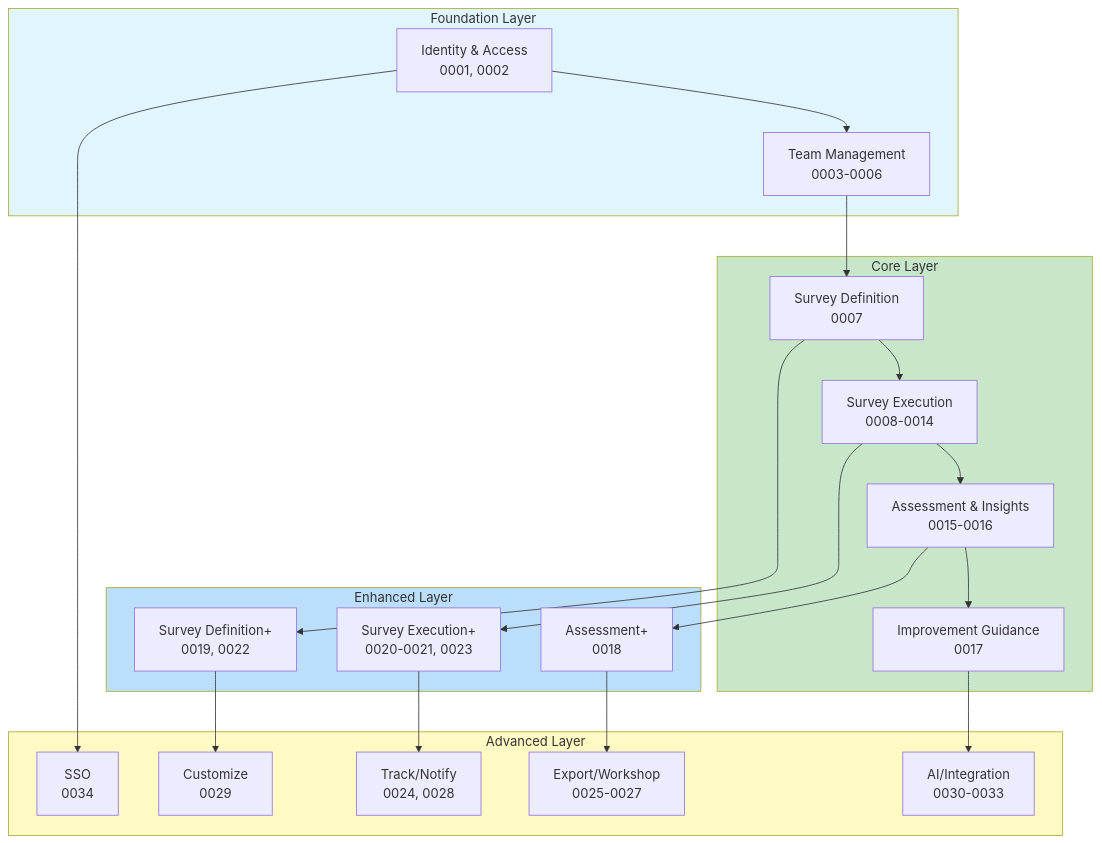
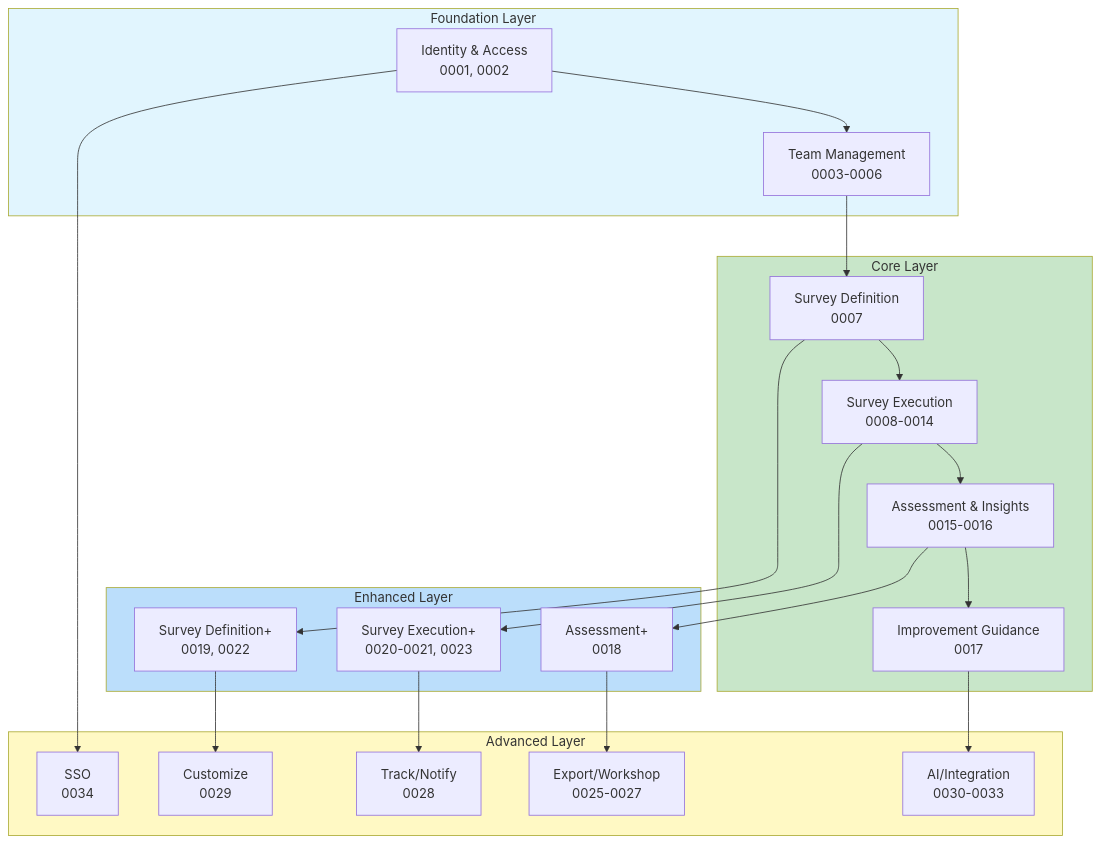
Diagram 11 of 11 in docs/user_story_map.md (JensWinter/mse-radar), drawn with Mermaid before and after one commit. The commit also changed other lines of this file and 3 other files, not shown here.

````diff
--- a/docs/user_story_map.md
+++ b/docs/user_story_map.md
@@ -588,49 +584,49 @@
 ```mermaid
 flowchart TD
     subgraph Foundation["Foundation Layer"]
         IA[Identity & Access<br/>0001, 0002]
         TM[Team Management<br/>0003-0006]
     end
     
     subgraph Core["Core Layer"]
         SD[Survey Definition<br/>0007]
         SE[Survey Execution<br/>0008-0014]
         AI[Assessment & Insights<br/>0015-0016]
         IG[Improvement Guidance<br/>0017]
     end
     
     subgraph Enhanced["Enhanced Layer"]
         SD2[Survey Definition+<br/>0019, 0022]
         SE2[Survey Execution+<br/>0020-0021, 0023]
         AI2[Assessment+<br/>0018]
     end
     
     subgraph Advanced["Advanced Layer"]
         IA3[SSO<br/>0034]
         SD3[Customize<br/>0029]
-        SE3[Track/Notify<br/>0024, 0028]
+        SE3[Track/Notify<br/>0028]
         AI3[Export/Workshop<br/>0025-0027]
         IG3[AI/Integration<br/>0030-0033]
     end
     
     IA --> TM
     TM --> SD
     SD --> SE
     SE --> AI
     AI --> IG
     
     SD --> SD2
     SE --> SE2
     AI --> AI2
     
     IA --> IA3
     SD2 --> SD3
     SE2 --> SE3
     AI2 --> AI3
     IG --> IG3
     
     style Foundation fill:#e1f5fe
     style Core fill:#c8e6c9
     style Enhanced fill:#bbdefb
     style Advanced fill:#fff9c4
 ```
````
